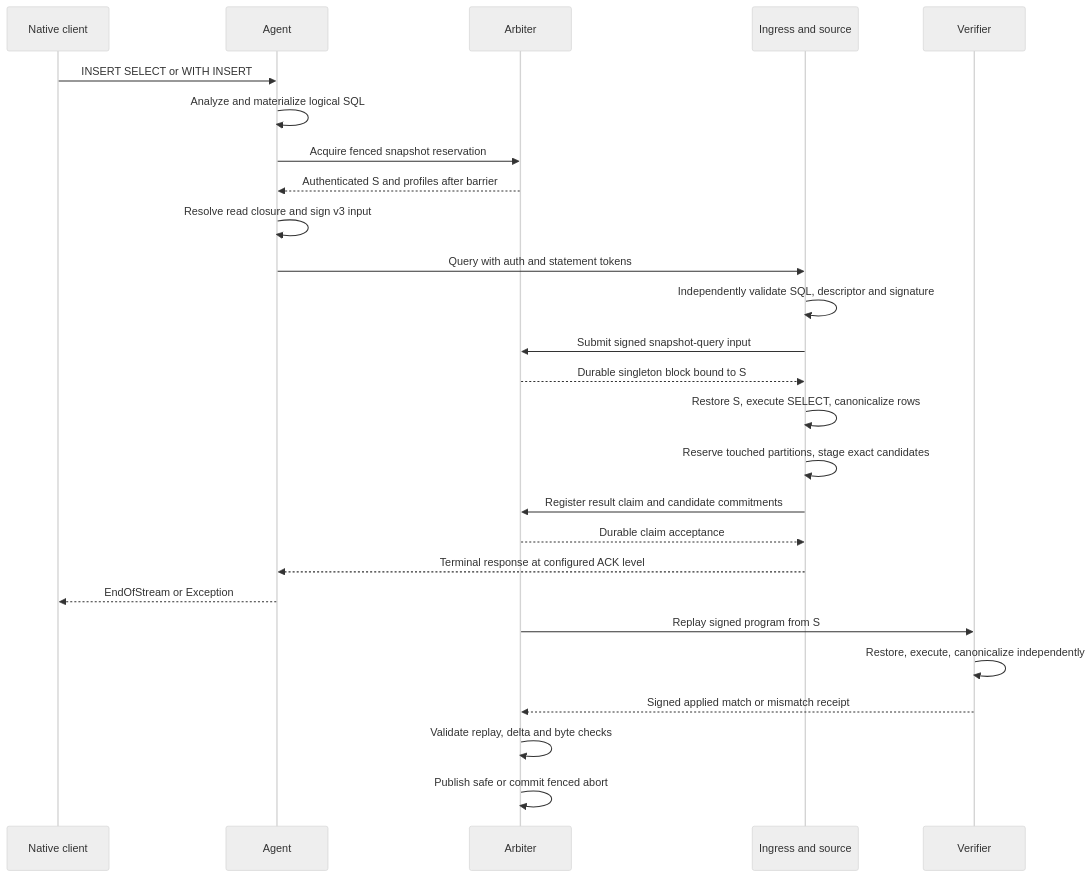
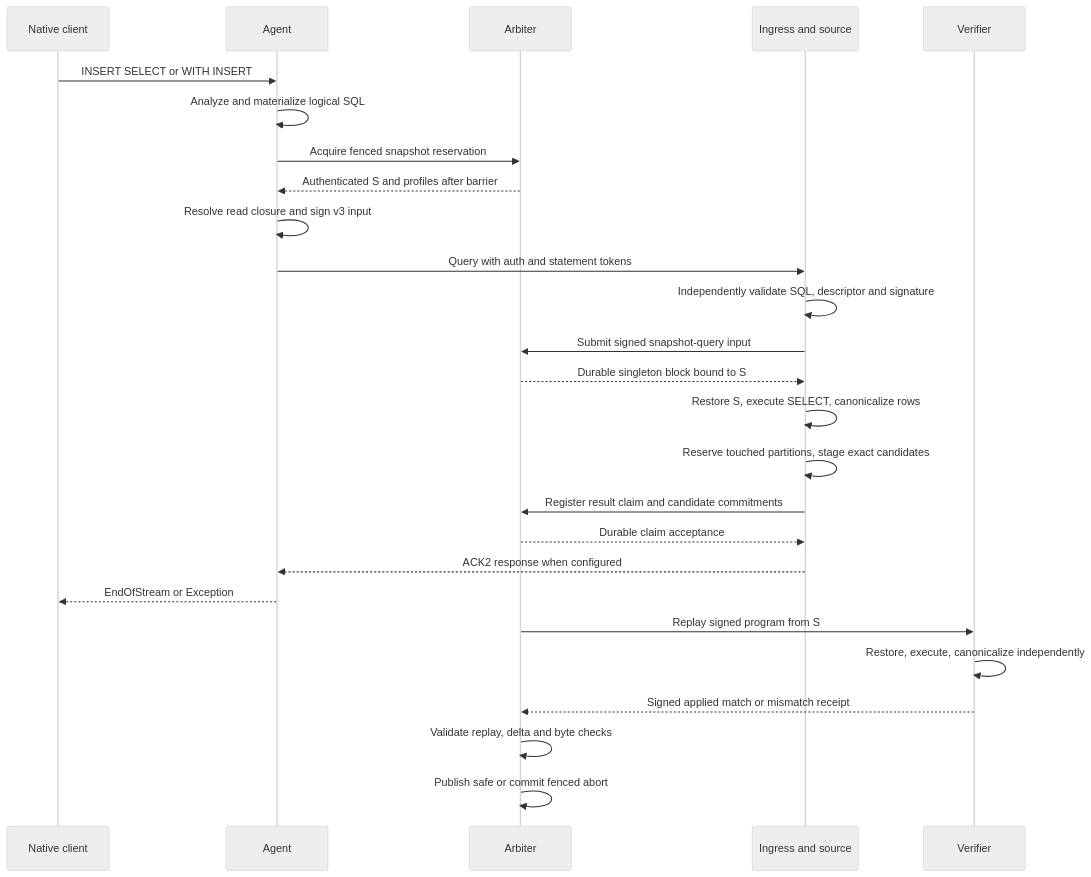
One commit to housegate/housegate changed the diagram in docs/superpowers/specs/2026-09-16-signed-insert-select-design.md. Above: the diagram before and after it, drawn with Mermaid (neutral theme). The commit also changed other lines of this file, not shown here.

Commit message:
docs(storage-integrity): clarify snapshot drain and ACK2 boundaries

````diff
--- a/docs/superpowers/specs/2026-09-16-signed-insert-select-design.md
+++ b/docs/superpowers/specs/2026-09-16-signed-insert-select-design.md
@@ -156,28 +156,28 @@
 ```mermaid
 sequenceDiagram
     participant C as Native client
     participant A as Agent
     participant K as Arbiter
     participant H as Ingress and source
     participant V as Verifier
     C->>A: INSERT SELECT or WITH INSERT
     A->>A: Analyze and materialize logical SQL
     A->>K: Acquire fenced snapshot reservation
     K-->>A: Authenticated S and profiles after barrier
     A->>A: Resolve read closure and sign v3 input
     A->>H: Query with auth and statement tokens
     H->>H: Independently validate SQL, descriptor and signature
     H->>K: Submit signed snapshot-query input
     K-->>H: Durable singleton block bound to S
     H->>H: Restore S, execute SELECT, canonicalize rows
     H->>H: Reserve touched partitions, stage exact candidates
     H->>K: Register result claim and candidate commitments
     K-->>H: Durable claim acceptance
-    H-->>A: Terminal response at configured ACK level
+    H-->>A: ACK2 response when configured
     A-->>C: EndOfStream or Exception
     K->>V: Replay signed program from S
     V->>V: Restore, execute, canonicalize independently
     V-->>K: Signed applied match or mismatch receipt
     K->>K: Validate replay, delta and byte checks
     K->>K: Publish safe or commit fenced abort
 ```
````
